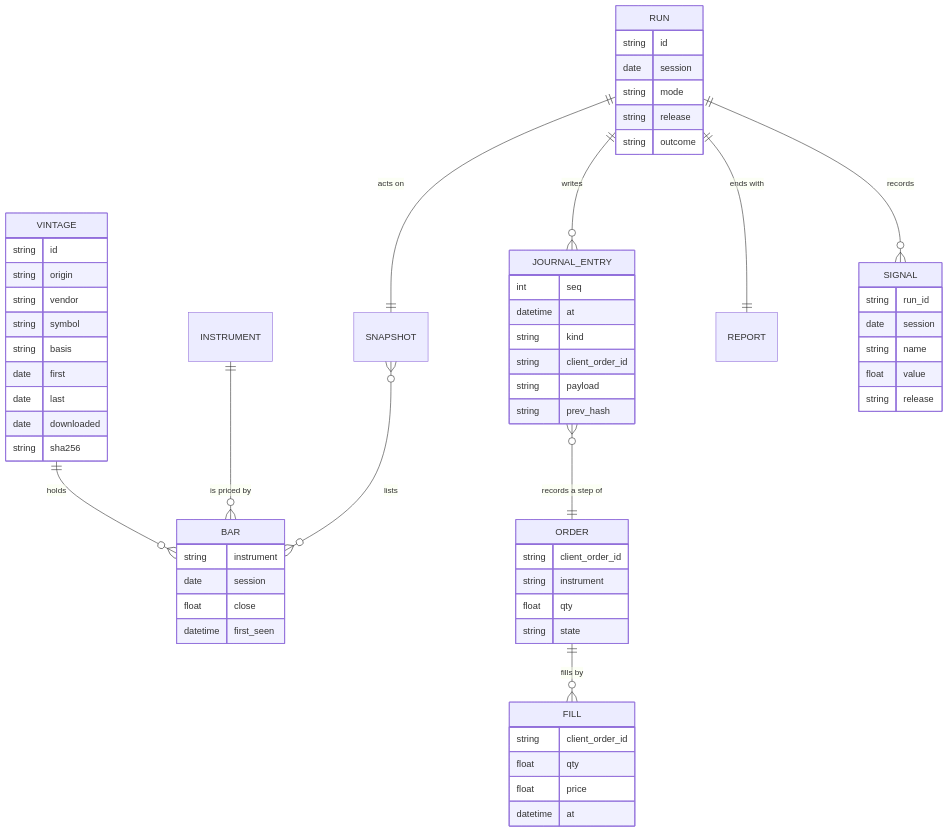
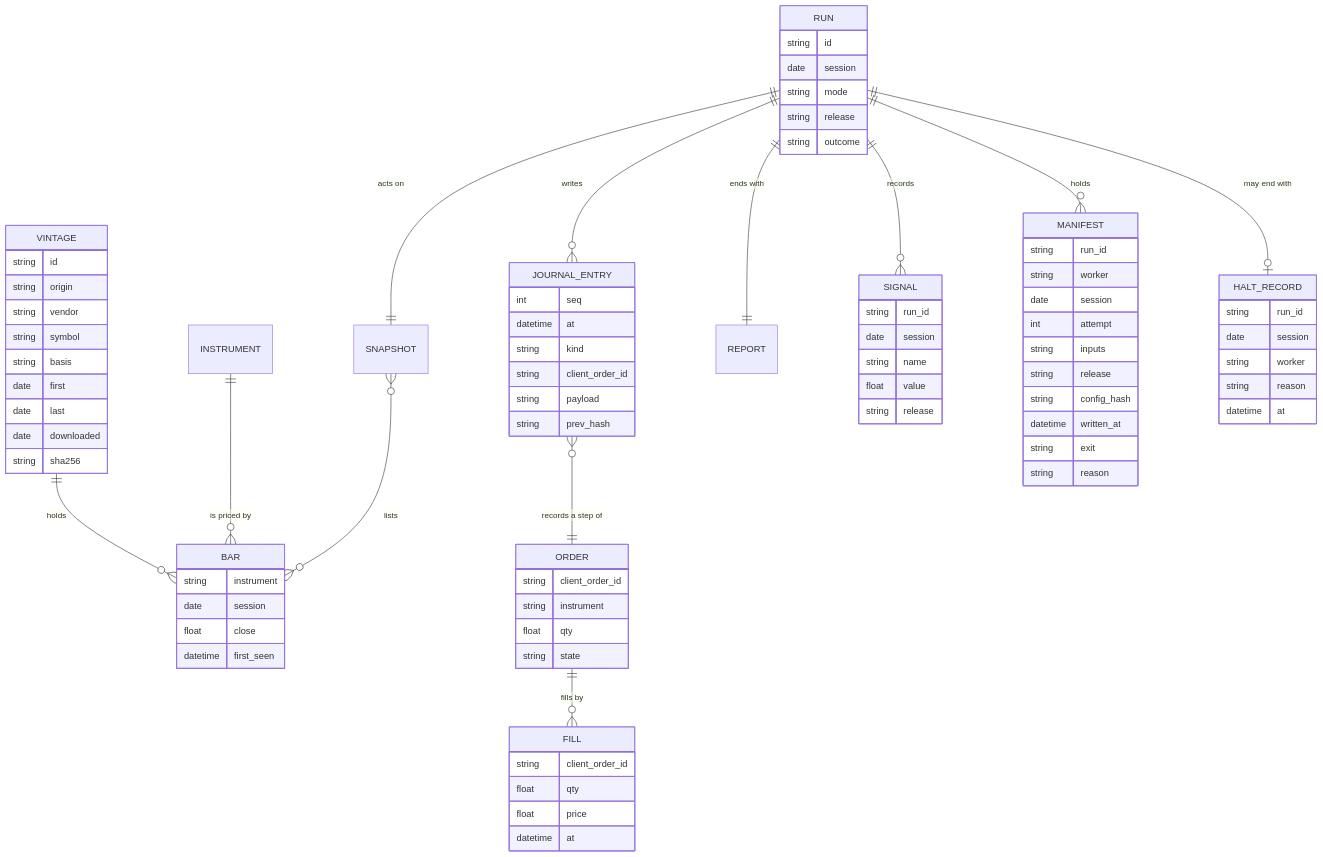
One commit to l3a0/ithildin-runtime changed diagram 14 of 16 in docs/architecture.md. Above: the diagram before and after it, drawn with Mermaid. The commit also changed other lines of this file and 2 other files, not shown here.

First line of the commit message:
docs(architecture): run each module as its own worker, passing files

```diff
--- a/docs/architecture.md
+++ b/docs/architecture.md
@@ -973,6 +1083,8 @@
     ORDER ||--o{ FILL : "fills by"
     RUN ||--|| REPORT : "ends with"
     RUN ||--o{ SIGNAL : "records"
+    RUN ||--o{ MANIFEST : "holds"
+    RUN ||--o| HALT_RECORD : "may end with"
 
     VINTAGE {
         string id
@@ -1005,6 +1117,25 @@
         float value
         string release
     }
+    MANIFEST {
+        string run_id
+        string worker
+        date session
+        int attempt
+        string inputs
+        string release
+        string config_hash
+        datetime written_at
+        string exit
+        string reason
+    }
+    HALT_RECORD {
+        string run_id
+        date session
+        string worker
+        string reason
+        datetime at
+    }
     JOURNAL_ENTRY {
         int seq
         datetime at
```
